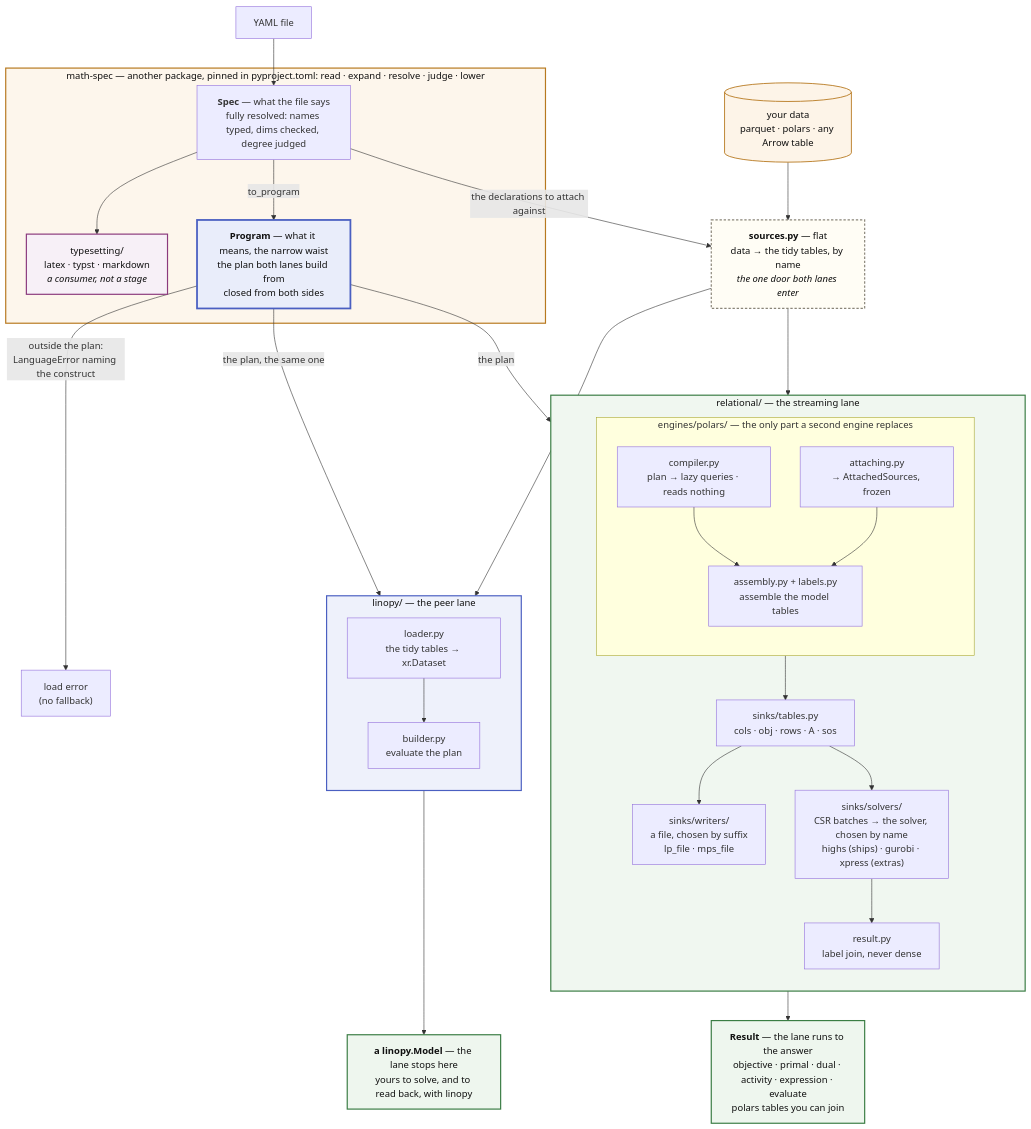
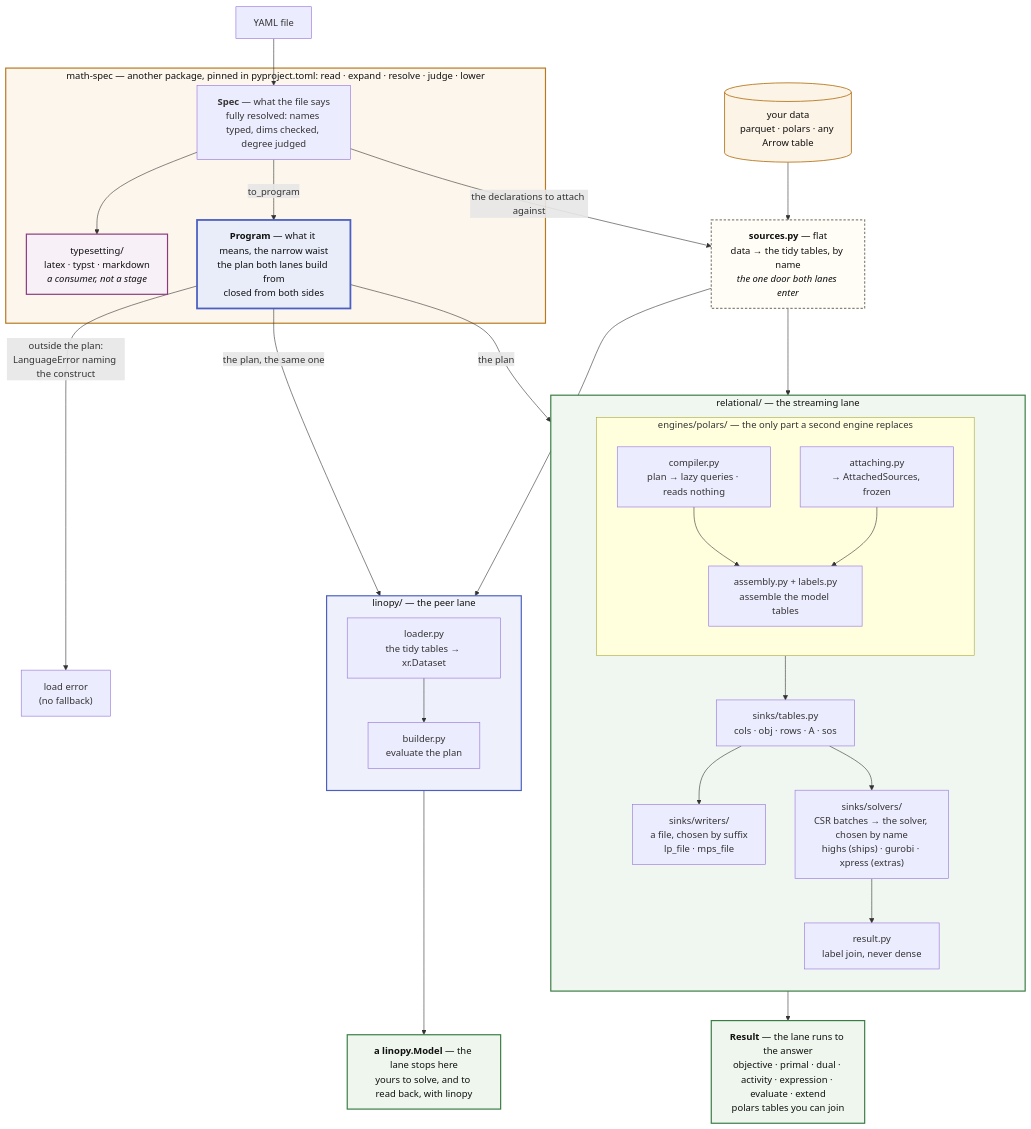
The first of 2 diagrams in docs/about/architecture.md (fluxopt/lpspec), drawn with Mermaid before and after one commit. The commit also changed other lines of this file and 7 other files, not shown here.

````diff
--- a/docs/about/architecture.md
+++ b/docs/about/architecture.md
@@ -60,59 +60,59 @@
 ```mermaid
 flowchart TB
     Y[YAML file] --> SPEC
     DATA[("your data<br/>parquet · polars · any Arrow table")] --> SRC
 
     subgraph MS["math-spec — another package, pinned in pyproject.toml: read · expand · resolve · judge · lower"]
         SPEC["<b>Spec</b> — what the file says<br/>fully resolved: names typed, dims checked, degree judged"]
         SPEC --> TS["typesetting/<br/>latex · typst · markdown<br/><i>a consumer, not a stage</i>"]
         SPEC -->|"to_program"| PLAN["<b>Program</b> — what it means, the narrow waist<br/>the plan both lanes build from<br/>closed from both sides"]
     end
 
     SPEC -->|"the declarations to attach against"| SRC
     SRC["<b>sources.py</b> — flat<br/>data → the tidy tables, by name<br/><i>the one door both lanes enter</i>"]
 
     PLAN -->|"outside the plan:<br/>LanguageError naming the construct"| ERR["load error<br/>(no fallback)"]
     PLAN -->|"the plan"| COMP
     SRC --> ATTACH
     PLAN -->|"the plan, the same one"| BUILD
     SRC --> LOAD
 
     subgraph REL["relational/ — the streaming lane"]
         direction TB
         subgraph ENG["engines/polars/ — the only part a second engine replaces"]
             direction TB
             COMP["compiler.py<br/>plan → lazy queries · reads nothing"] --> ENGINE
             ATTACH["attaching.py<br/>→ AttachedSources, frozen"] --> ENGINE["assembly.py + labels.py<br/>assemble the model tables"]
         end
         ENG --> TABLES["sinks/tables.py<br/>cols · obj · rows · A · sos"]
         TABLES --> LPS["sinks/writers/<br/>a file, chosen by suffix<br/>lp_file · mps_file"]
         TABLES --> DIRECT["sinks/solvers/<br/>CSR batches → the solver, chosen by name<br/>highs (ships) · gurobi · xpress (extras)"]
         DIRECT --> SOL["result.py<br/>label join, never dense"]
     end
 
-    SOL --> ANS["<b>Result</b> — the lane runs to the answer<br/>objective · primal · dual · activity · expression · evaluate<br/>polars tables you can join"]
+    SOL --> ANS["<b>Result</b> — the lane runs to the answer<br/>objective · primal · dual · activity · expression · evaluate · extend<br/>polars tables you can join"]
 
     subgraph LIN["linopy/ — the peer lane"]
         direction TB
         LOAD["loader.py<br/>the tidy tables → xr.Dataset"] --> BUILD["builder.py<br/>evaluate the plan"]
     end
 
     BUILD --> MODEL["<b>a linopy.Model</b> — the lane stops here<br/>yours to solve, and to read back, with linopy"]
 
     classDef laneL fill:#fdf6ec,stroke:#b7791f,stroke-width:2px,color:#111
     classDef laneR fill:#f0f7f0,stroke:#3a7d44,stroke-width:2px,color:#111
     classDef laneE fill:#eef1fb,stroke:#4a5fc1,stroke-width:2px,color:#111
     classDef laneT fill:#f7f0f7,stroke:#8b3a7d,stroke-width:2px,color:#111
     classDef waist fill:#e9edfa,stroke:#4a5fc1,stroke-width:3px,color:#111
     classDef flat fill:#fffdf5,stroke:#8a8578,stroke-width:2px,stroke-dasharray:4 3,color:#111
     classDef data fill:#fdf4e8,stroke:#b7791f,stroke-width:1.5px,color:#111
     classDef out fill:#eef6ee,stroke:#3a7d44,stroke-width:2px,color:#111
     class MS laneL
     class REL laneR
     class LIN laneE
     class TS laneT
     class PLAN waist
     class SRC flat
     class DATA data
     class ANS,MODEL out
 ```
````
